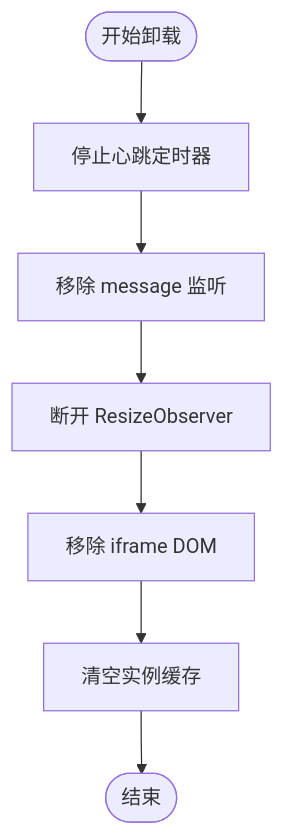
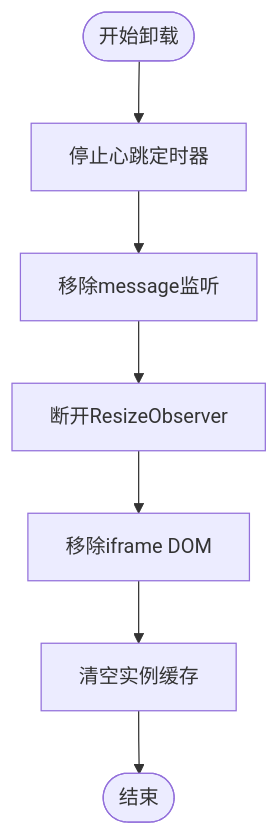
Before and after one commit to my-Sitara/artisan-base-frontend: the sixth of 8 diagrams in .qoder/repowiki/zh/content/高级主题/iframe 跨域治理.md, drawn with Mermaid. The commit also changed other lines of this file and 25 other files, not shown here.

````diff
--- a/.qoder/repowiki/zh/content/高级主题/iframe 跨域治理.md
+++ b/.qoder/repowiki/zh/content/高级主题/iframe 跨域治理.md
@@ -275,9 +286,9 @@
 ```mermaid
 flowchart TD
 UStart(["开始卸载"]) --> StopHB["停止心跳定时器"]
-StopHB --> RemoveMsg["移除 message 监听"]
-RemoveMsg --> DisconnectRO["断开 ResizeObserver"]
-DisconnectRO --> RemoveDOM["移除 iframe DOM"]
+StopHB --> RemoveMsg["移除message监听"]
+RemoveMsg --> DisconnectRO["断开ResizeObserver"]
+DisconnectRO --> RemoveDOM["移除iframe DOM"]
 RemoveDOM --> ClearCache["清空实例缓存"]
 ClearCache --> UEnd(["结束"])
 ```
````
